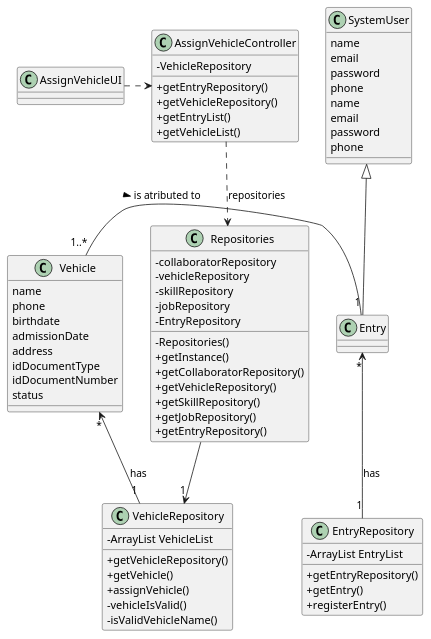
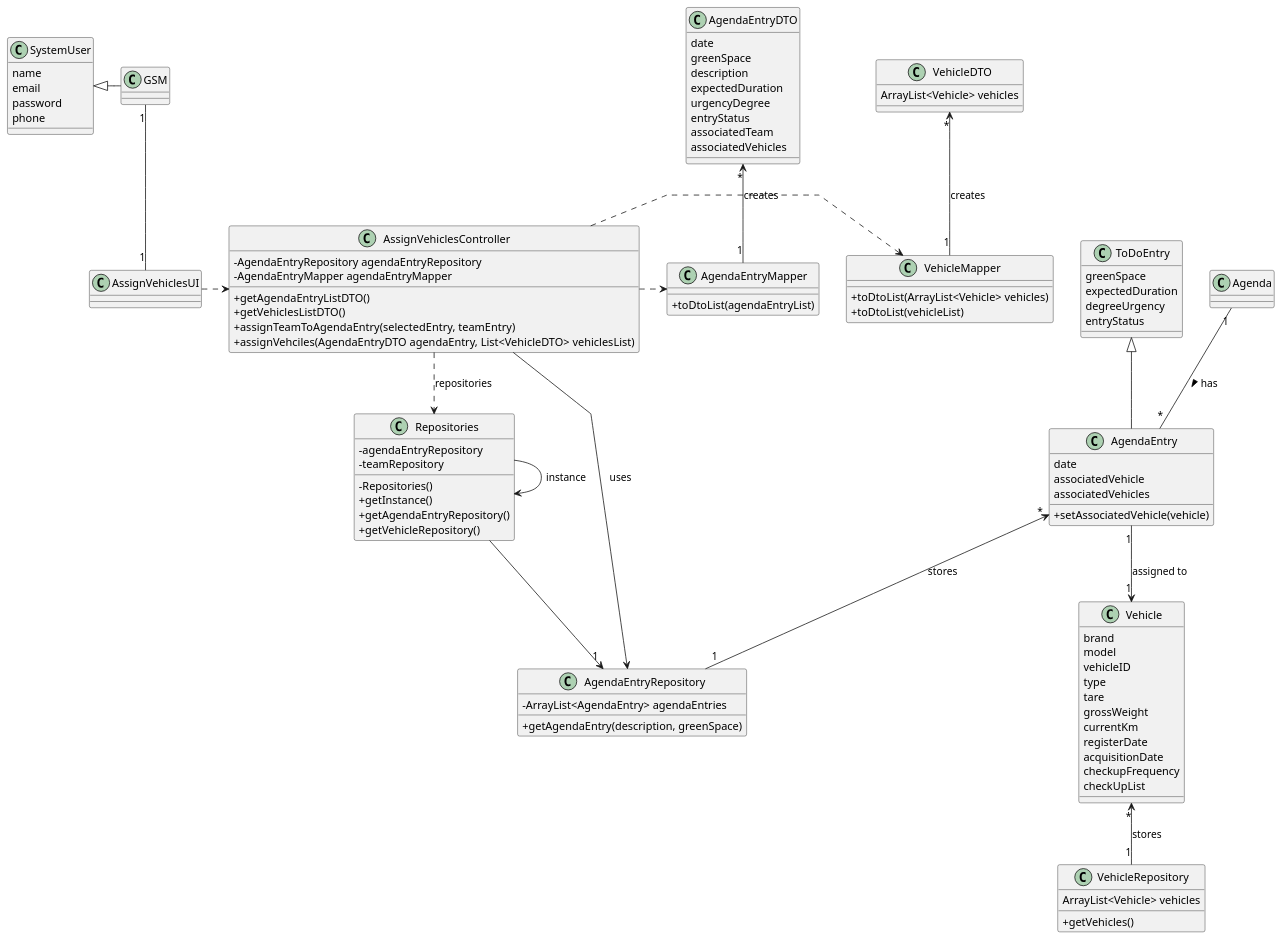
The diagram in docs/sprintC/us026/03.design/puml/us026-class-diagram.puml (Departamento-de-Engenharia-Informatica/lei-24-s2-1do-g164), drawn with PlantUML before and after one commit. The commit also changed 10 other files, not shown here.

```diff
--- a/docs/sprintC/us026/03.design/puml/us026-class-diagram.puml
+++ b/docs/sprintC/us026/03.design/puml/us026-class-diagram.puml
@@ -1,85 +1,138 @@
 @startuml
 skinparam classAttributeIconSize 0
-skinparam monochrome false
+'skinparam monochrome true
 skinparam packageStyle rectangle
 skinparam shadowing false
 skinparam linetype polyline
-skinparam linetype orto
+'skinparam linetype orto
+skinparam classAttributeIconSize 0
 
 
+
+class AgendaEntryDTO {
+
+    date
+    greenSpace
+    description
+    expectedDuration
+    urgencyDegree
+    entryStatus
+    associatedTeam
+    associatedVehicles
+
+}
+
+class Vehicle {
+        brand
+        model
+        vehicleID
+        type
+        tare
+        grossWeight
+        currentKm
+        registerDate
+        acquisitionDate
+        checkupFrequency
+        checkUpList
+}
 class SystemUser {
     name
     email
     password
     phone
 }
 
 
+class AgendaEntryRepository {
+    - ArrayList<AgendaEntry> agendaEntries
+    + getAgendaEntry(description, greenSpace)
+
+}
 
 class Repositories {
-    - collaboratorRepository
-    - vehicleRepository
-    - skillRepository
-    - jobRepository
-    - EntryRepository
+    - agendaEntryRepository
+    -teamRepository
+
     - Repositories()
     + getInstance()
-    + getCollaboratorRepository()
+    + getAgendaEntryRepository()
     + getVehicleRepository()
-    + getSkillRepository()
-    + getJobRepository()
-    + getEntryRepository()
 
 }
-class SystemUser {
-    name
-    email
-    password
-    phone
 
-}
-class AssignVehicleController{
--VehicleRepository
-+getEntryRepository()
-+getVehicleRepository()
-+getEntryList()
-+getVehicleList()
+class AgendaEntryMapper {
+    + toDtoList(agendaEntryList)
 
 }
 
 
-class EntryRepository{
-    - ArrayList EntryList
-    + getEntryRepository()
-    + getEntry()
-    + registerEntry()
+class AssignVehiclesController {
+    - AgendaEntryRepository agendaEntryRepository
+    - AgendaEntryMapper agendaEntryMapper
+
+    +getAgendaEntryListDTO()
+    +getVehiclesListDTO()
+    +assignTeamToAgendaEntry(selectedEntry, teamEntry)
+    +assignVehciles(AgendaEntryDTO agendaEntry, List<VehicleDTO> vehiclesList)
 }
 
-class VehicleRepository {
-    - ArrayList VehicleList
-    + getVehicleRepository()
-    + getVehicle()
-    + assignVehicle()
-    - vehicleIsValid()
-    - isValidVehicleName()
+class AssignVehiclesUI {
+
 }
 
-class Vehicle {
-      name
-      phone
-      birthdate
-      admissionDate
-      address
-      idDocumentType
-      idDocumentNumber
-      status
+class AgendaEntry {
+    date
+    associatedVehicle
+    associatedVehicles
+    +setAssociatedVehicle(vehicle)
 }
-Repositories -->"1" VehicleRepository
-Vehicle "*" <-- "1" VehicleRepository : has
-Entry "*" <-- "1" EntryRepository : has
-Vehicle "1..*" - "1" Entry: is atributed to >
-SystemUser <|-- Entry
-AssignVehicleUI .> AssignVehicleController
-AssignVehicleController ..> Repositories : repositories
+
+class VehicleRepository{
+    ArrayList<Vehicle> vehicles
+    +getVehicles()
+
+}
+
+class VehicleMapper {
++toDtoList(ArrayList<Vehicle> vehicles)
++toDtoList(vehicleList)
+
+}
+
+class VehicleDTO {
+ArrayList<Vehicle> vehicles
+}
+class ToDoEntry{
+         greenSpace
+         expectedDuration
+         degreeUrgency
+         entryStatus
+}
+
+
+
+
+
+AssignVehiclesUI .>AssignVehiclesController
+AssignVehiclesController ..> Repositories : repositories
+Repositories --> "1" AgendaEntryRepository
+Repositories -> Repositories : instance
+AssignVehiclesController .> AgendaEntryMapper
+AssignVehiclesController .> VehicleMapper
+AssignVehiclesController --> AgendaEntryRepository : uses
+
+SystemUser <|- GSM
+ToDoEntry <|-- AgendaEntry
+
+GSM "1" -- "1" AssignVehiclesUI
+AgendaEntry "*" <-- "1" AgendaEntryRepository : stores
+AgendaEntry"1" --> "1" Vehicle: assigned to
+Vehicle "*" <-- "1" VehicleRepository : stores
+AgendaEntryDTO "*" <-- "1" AgendaEntryMapper : creates
+VehicleDTO "*" <-- "1" VehicleMapper : creates
+Agenda "1" -- "*" AgendaEntry : has >
+
+
+
 
 @enduml
```
